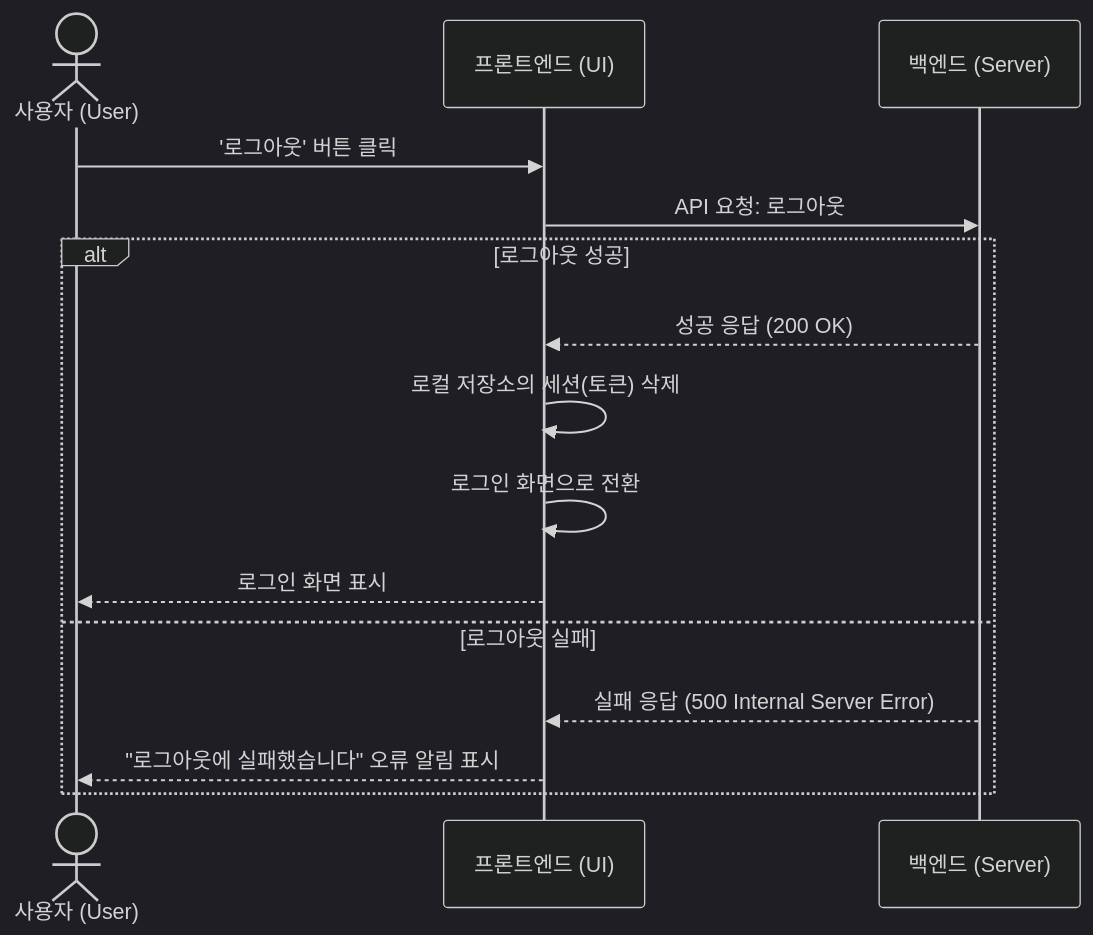
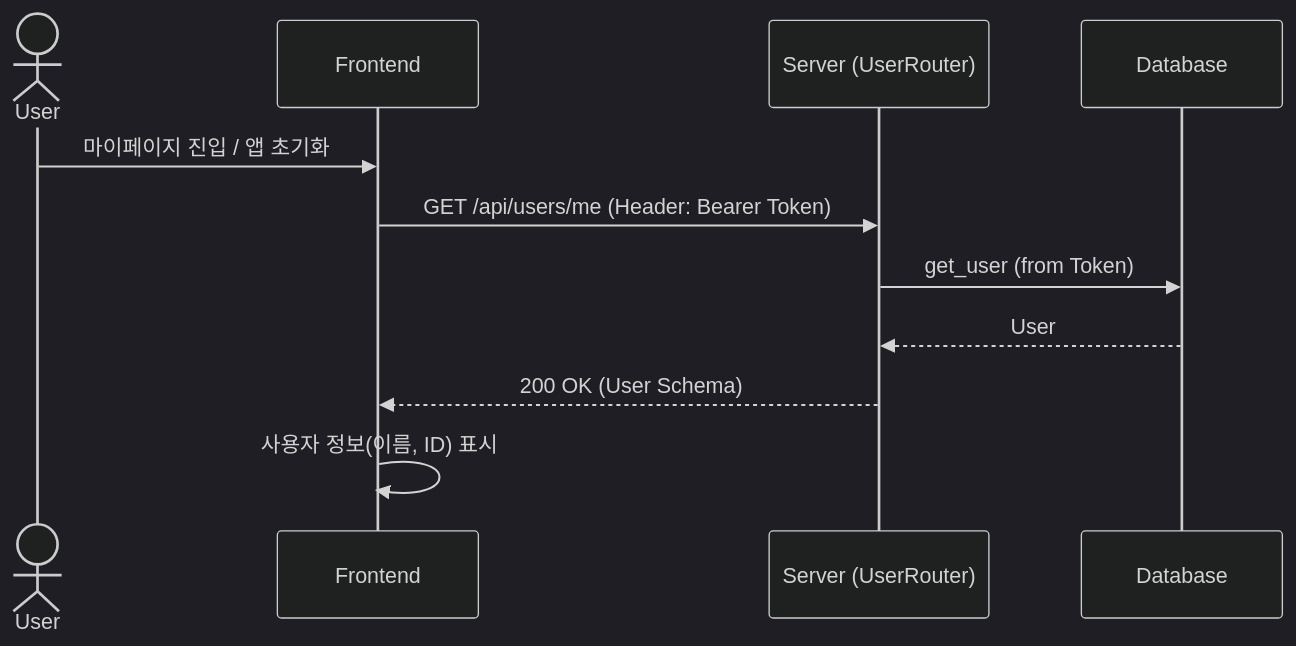
The third of 14 diagrams in 문서/SDS/SDS_[Alphabot]_4_SequenceDiagram.md (YU-SoftwareEng/AlphaBot), drawn with Mermaid (dark theme) before and after one commit. The commit also changed other lines of this file and 4 other files, not shown here.

````diff
--- a/문서/SDS/SDS_[Alphabot]_4_SequenceDiagram.md
+++ b/문서/SDS/SDS_[Alphabot]_4_SequenceDiagram.md
@@ -63,19 +59,14 @@
 ```mermaid
 sequenceDiagram
-    actor 사용자 as 사용자 (User)
-    participant Frontend as 프론트엔드 (UI)
-    participant Backend as 백엔드 (Server)
+    actor User
+    participant Frontend
+    participant Server (UserRouter)
+    participant Database
 
-    사용자 ->> Frontend: '로그아웃' 버튼 클릭
-    Frontend ->> Backend: API 요청: 로그아웃
-    
-    alt 로그아웃 성공
-        Backend -->> Frontend: 성공 응답 (200 OK)
-        Frontend ->> Frontend: 로컬 저장소의 세션(토큰) 삭제
-        Frontend ->> Frontend: 로그인 화면으로 전환
-        Frontend -->> 사용자: 로그인 화면 표시
-    else 로그아웃 실패
-        Backend -->> Frontend: 실패 응답 (500 Internal Server Error)
-        Frontend -->> 사용자: "로그아웃에 실패했습니다" 오류 알림 표시
-    end
+    User->>Frontend: 마이페이지 진입 / 앱 초기화
+    Frontend->>Server (UserRouter): GET /api/users/me (Header: Bearer Token)
+    Server (UserRouter)->>Database: get_user (from Token)
+    Database-->>Server (UserRouter): User
+    Server (UserRouter)-->>Frontend: 200 OK (User Schema)
+    Frontend->>Frontend: 사용자 정보(이름, ID) 표시
 ```
````
